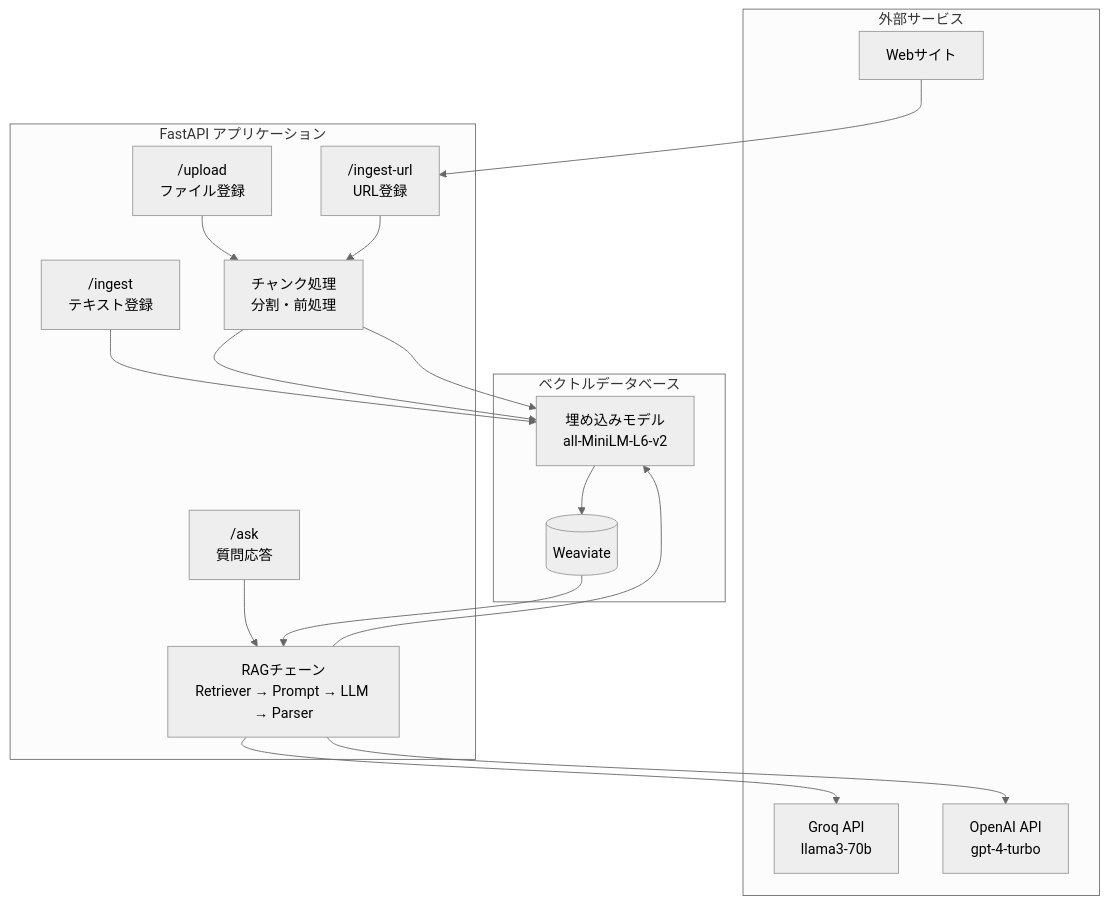
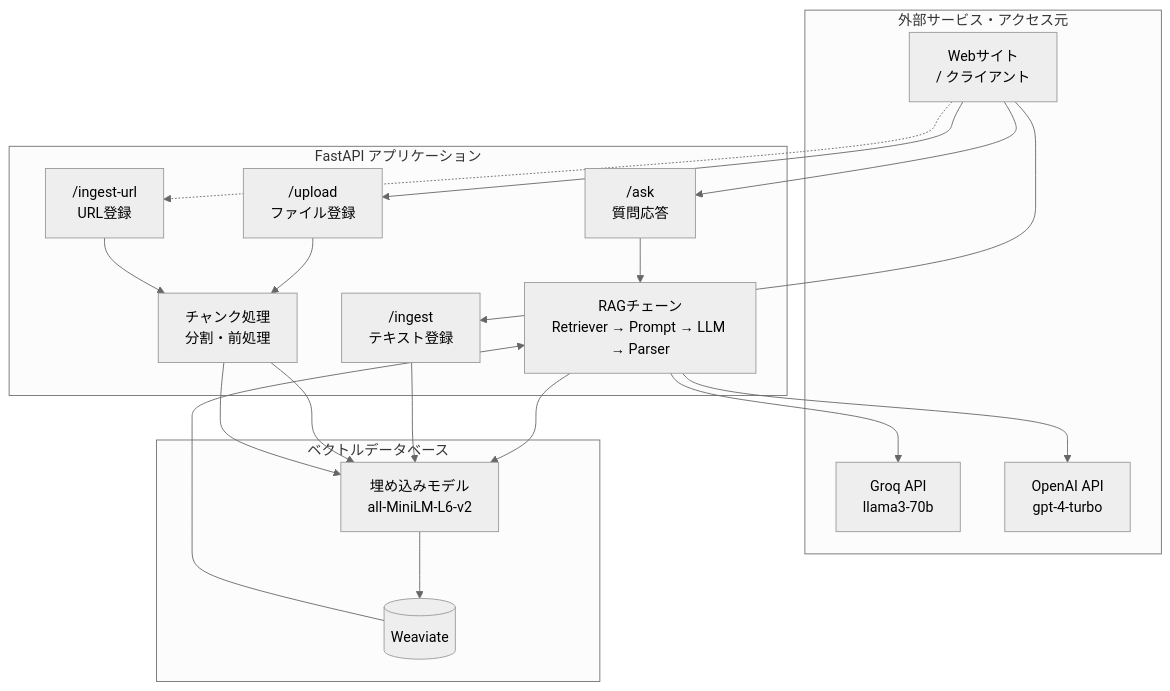
Before and after one commit to 8alfalfa8/freeAiChat: the seventh of 7 diagrams in ai-chat-backend/README.md, drawn with Mermaid (neutral theme). The commit also changed other lines of this file, not shown here.

````diff
--- a/ai-chat-backend/README.md
+++ b/ai-chat-backend/README.md
@@ -295,36 +312,40 @@
 ```mermaid
 flowchart TB
-    subgraph 外部["外部サービス"]
+    subgraph 外部["外部サービス・アクセス元"]
+        Web[Webサイト<br/>/ クライアント]
         Groq[Groq API<br/>llama3-70b]
         OpenAI[OpenAI API<br/>gpt-4-turbo]
-        Web[Webサイト]
     end
 
     subgraph FastAPI["FastAPI アプリケーション"]
         Endpoint1["/ask<br/>質問応答"]
         Endpoint2["/ingest<br/>テキスト登録"]
         Endpoint3["/upload<br/>ファイル登録"]
         Endpoint4["/ingest-url<br/>URL登録"]
 
         RAG["RAGチェーン<br/>Retriever → Prompt → LLM → Parser"]
         Chunk["チャンク処理<br/>分割・前処理"]
     end
 
     subgraph 内部DB["ベクトルデータベース"]
         Weaviate[(Weaviate)]
         Embed["埋め込みモデル<br/>all-MiniLM-L6-v2"]
     end
 
+    Web --> Endpoint1
+    Web --> Endpoint2
+    Web --> Endpoint3
+    Web -.-> Endpoint4
+
     Endpoint1 --> RAG
     RAG --> Embed
     RAG --> Groq
     RAG --> OpenAI
     Embed --> Weaviate
 
     Endpoint2 --> Embed
     Endpoint3 --> Chunk --> Embed
     Endpoint4 --> Chunk --> Embed
 
     Weaviate --> RAG
-    Web --> Endpoint4
 ```
````
